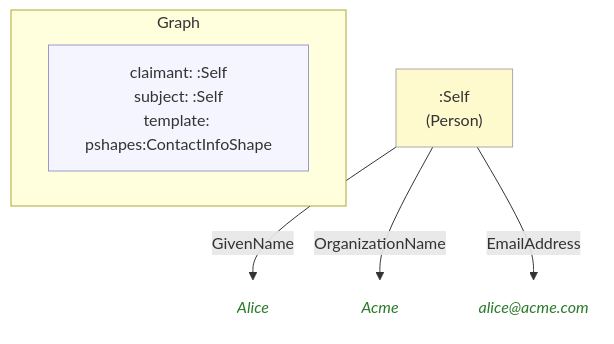
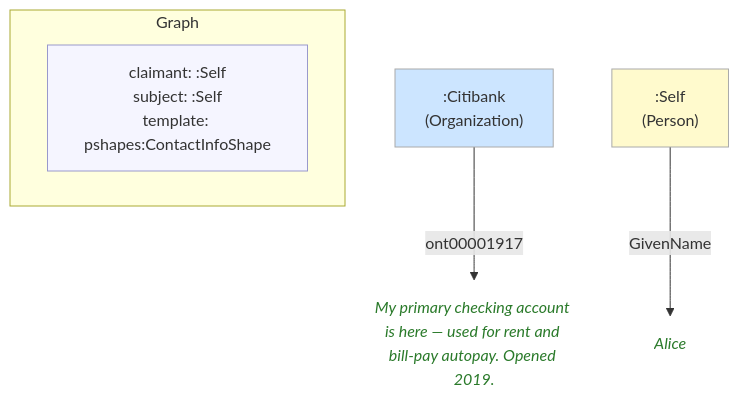
The diagram in example/graphs/images/graph-77.mmd (MeeFoundation/mia-ontologies), drawn with Mermaid before and after one commit. The commit also changed 8 other files, not shown here.

First line of the commit message:
Graph 27: Citibank claims its own member entry

```diff
--- a/example/graphs/images/graph-77.mmd
+++ b/example/graphs/images/graph-77.mmd
@@ -1,19 +1,19 @@
 flowchart TD
     classDef person fill:#fffacd,stroke:#aaa,color:#333
     classDef org    fill:#cce5ff,stroke:#aaa,color:#333
+    classDef service fill:#e6e6e6,stroke:#aaa,color:#333
     classDef lit    fill:none,stroke:none,font-style:italic,color:#2a7a2a
     classDef meta   fill:#f5f5ff,stroke:#9999cc,color:#333
 
     subgraph ctx["Graph"]
         direction LR
         ctx_meta["claimant: :Self\nsubject: :Self\ntemplate: pshapes:ContactInfoShape"]:::meta
     end
 
+    n0415a88486d3[":Citibank\n(Organization)"]:::org
+    n2444d00e7b42("My primary checking account is here — used for rent and bill-pay autopay. Opened 2019."):::lit
     ne0c3ba92f1db[":Self\n(Person)"]:::person
-    nae0bd838a791("Alice"):::lit
-    nb97f090bcd52("Acme"):::lit
-    nb77d6521ad3f("alice@acme.com"):::lit
+    n0f2da7dfdb12("Alice"):::lit
 
-    ne0c3ba92f1db -->|"GivenName"| nae0bd838a791
-    ne0c3ba92f1db -->|"OrganizationName"| nb97f090bcd52
-    ne0c3ba92f1db -->|"EmailAddress"| nb77d6521ad3f
+    n0415a88486d3 -->|"ont00001917"| n2444d00e7b42
+    ne0c3ba92f1db -->|"GivenName"| n0f2da7dfdb12
```
